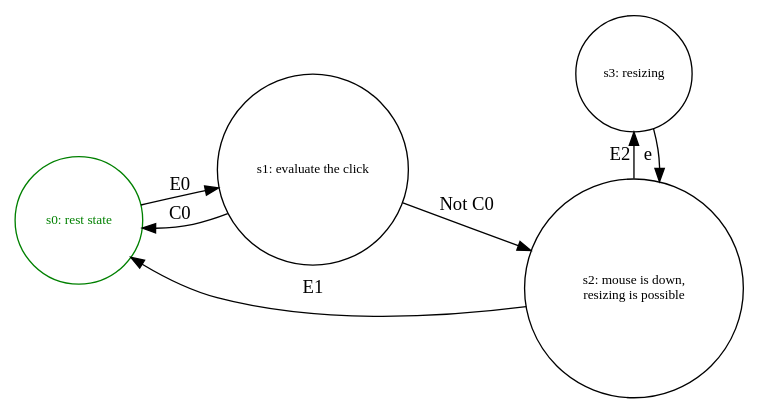
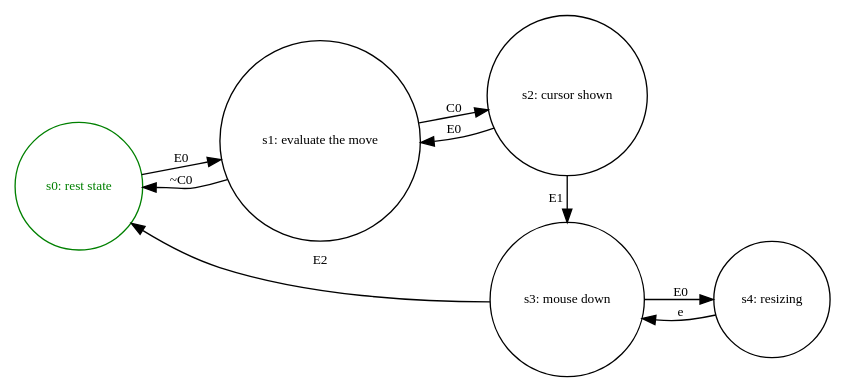
Before and after one commit to eidolonsystems/clipped_table: the diagram in source/state_machine_for_column_resizer.gv, drawn with Graphviz. The commit also changed 4 other files, not shown here.

```diff
--- a/source/state_machine_for_column_resizer.gv
+++ b/source/state_machine_for_column_resizer.gv
@@ -1,42 +1,49 @@
 digraph ColumnResizing{
   rankdir=LR;
   node [shape = circle, fontsize = 10];
+  edge [ fontsize = 10];
 
   s0 [label="s0: rest state" color = green, fontcolor = green,];
-  s1 [label="s1: evaluate the click"];
-  s2 [label="s2: mouse is down, \n resizing is possible"];
-  s3 [label="s3: resizing"];
+  s1 [label="s1: evaluate the move"];
+  s2 [label="s2: cursor shown"];
+  s3 [label="s3: mouse down"];
+  s4 [label="s4: resizing"];
 
   s0 -> s1 [label = "E0"];
 
-  s1 -> s0 [label = "C0"];
-  s1 -> s2 [label = "Not C0"];
+  s1 -> s0 [label = "~C0"];
+  s1 -> s2 [label = "C0"];
 
-  s2 -> s0 [label = "E1"];
-  s2 -> s3 [label = "E2"];
+  s2 -> s1 [label = "E0"];
+  s2 -> s3 [label = "E1"];
 
-  s3 -> s2 [label = "e"];
+  s3 -> s0 [label = "E2"];
+  s3 -> s4 [label = "E0"];
+
+  s4 -> s3 [label = "e"];
 
   { rank=same; s2, s3 }
 }
 
 /**
 Parameters:
 currentIndex (number) - The index of the column that will be resized
 
 States:
 s0: Staring state.
 s1: Evaluate if the cursor is in the active region.
--set currentIndex to -1 if it isn't in the active region, 
+- set currentIndex to -1 if it isn't in the active region, 
 - otherwise set it to the appropriate index
-s2: Resizing can happen
+s2: Show the cursor.
+s3: Mouse is down.
 - Wait for the mouse to move so a resize can happen
-s3: Resizing
+s4: Resizing
 - get the distance the mouse was moved on the x-axis
-- resize the column whose index is at currentIndex
+- resize the column whose index is at currentIndex 
 
 C0 - Mouse is inside active region.
-E0 - Mouse down.
-E1 - Mouse up.
-E2 - Mouse move.
+E0 - Mouse move.
+E1 - Mouse down.
+E2 - Mouse up.
+
 */
```
